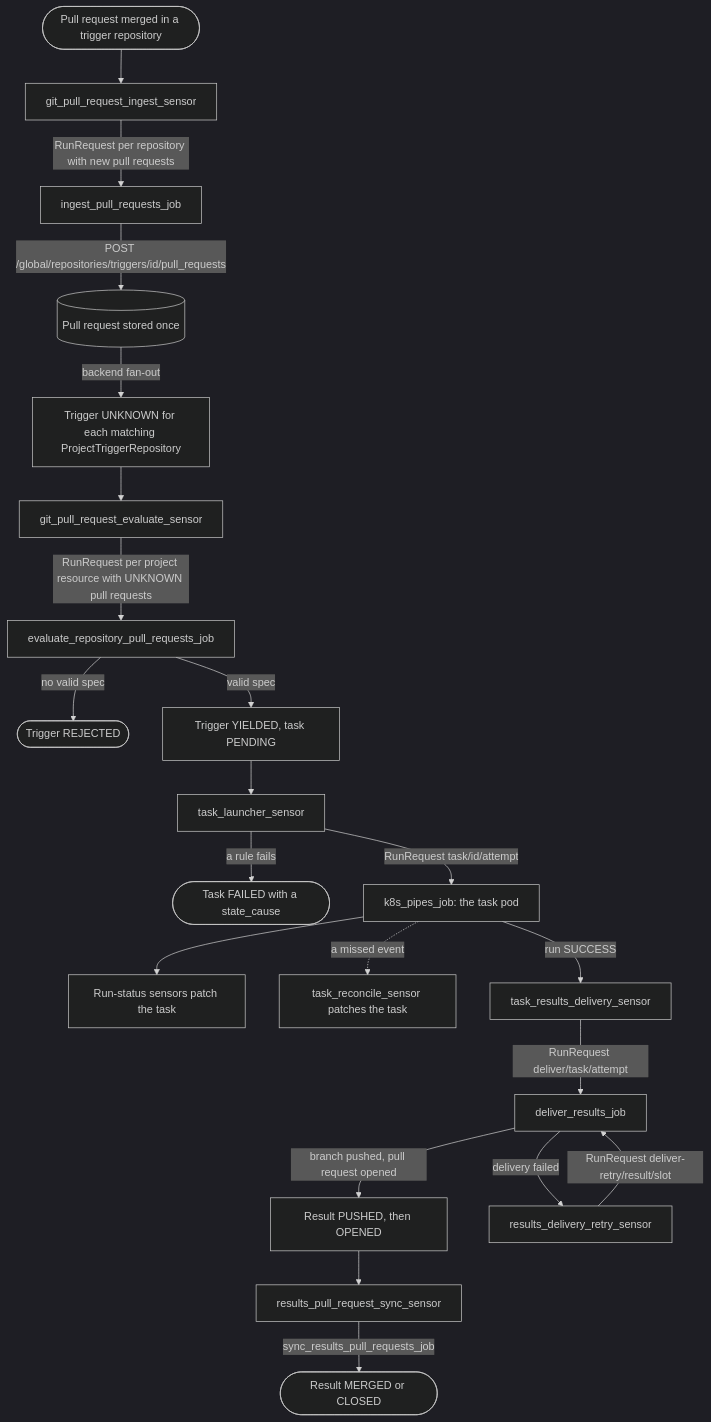
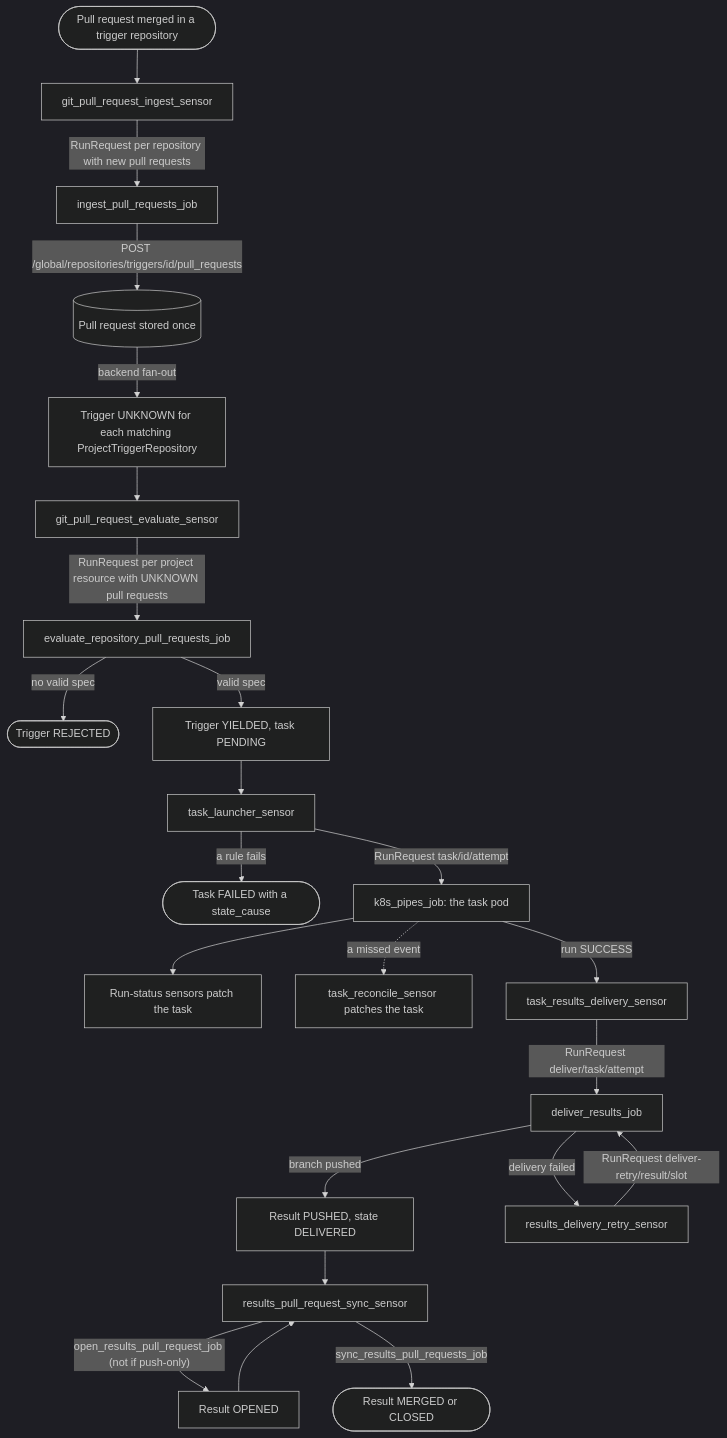
Before and after one commit to Aridhia-Open-Source/PHEMS_federated_node: the diagram in docs/architecture/sensors/README.md, drawn with Mermaid (dark theme). The commit also changed other lines of this file and 49 other files, not shown here.

First line of the commit message:
Results PR sensor owns the pull request; one provider list per results repository per tick (#621)

````diff
--- a/docs/architecture/sensors/README.md
+++ b/docs/architecture/sensors/README.md
@@ -28,23 +28,25 @@
 ```mermaid
 flowchart TD
     A([Pull request merged in a trigger repository]) --> B["git_pull_request_ingest_sensor"]
     B -->|"RunRequest per repository with new pull requests"| C["ingest_pull_requests_job"]
     C -->|"POST /global/repositories/triggers/id/pull_requests"| D[("Pull request stored once")]
     D -->|"backend fan-out"| E["Trigger UNKNOWN for each matching ProjectTriggerRepository"]
     E --> F["git_pull_request_evaluate_sensor"]
     F -->|"RunRequest per project resource with UNKNOWN pull requests"| G["evaluate_repository_pull_requests_job"]
     G -->|"no valid spec"| H(["Trigger REJECTED"])
     G -->|"valid spec"| I["Trigger YIELDED, task PENDING"]
     I --> J["task_launcher_sensor"]
     J -->|"a rule fails"| L(["Task FAILED with a state_cause"])
     J -->|"RunRequest task/id/attempt"| K["k8s_pipes_job: the task pod"]
     K --> M["Run-status sensors patch the task"]
     K -.->|"a missed event"| T["task_reconcile_sensor patches the task"]
     K -->|"run SUCCESS"| N["task_results_delivery_sensor"]
     N -->|"RunRequest deliver/task/attempt"| O["deliver_results_job"]
-    O -->|"branch pushed, pull request opened"| P["Result PUSHED, then OPENED"]
+    O -->|"branch pushed"| P["Result PUSHED, state DELIVERED"]
     O -->|"delivery failed"| Q["results_delivery_retry_sensor"]
     Q -->|"RunRequest deliver-retry/result/slot"| O
     P --> R["results_pull_request_sync_sensor"]
+    R -->|"open_results_pull_request_job (not if push-only)"| U["Result OPENED"]
+    U --> R
     R -->|"sync_results_pull_requests_job"| S(["Result MERGED or CLOSED"])
 ```
````
